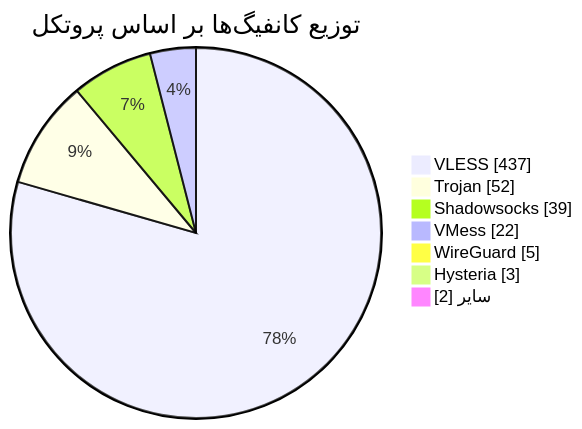
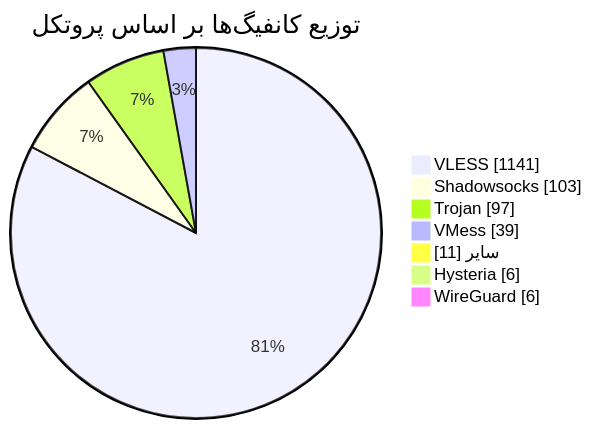
One commit to Arian-Alijani/Somthing changed the diagram in README.md. Above: the diagram before and after it, drawn with Mermaid. The commit also changed other lines of this file and 121 other files, not shown here.

````diff
--- a/README.md
+++ b/README.md
@@ -49,11 +49,11 @@
 ```mermaid
 pie showData
     title توزیع کانفیگ‌ها بر اساس پروتکل
-    "VLESS" : 437
-    "Trojan" : 52
-    "Shadowsocks" : 39
-    "VMess" : 22
-    "WireGuard" : 5
-    "Hysteria" : 3
-    "سایر" : 2
+    "VLESS" : 1141
+    "Shadowsocks" : 103
+    "Trojan" : 97
+    "VMess" : 39
+    "سایر" : 11
+    "Hysteria" : 6
+    "WireGuard" : 6
 ```
````
